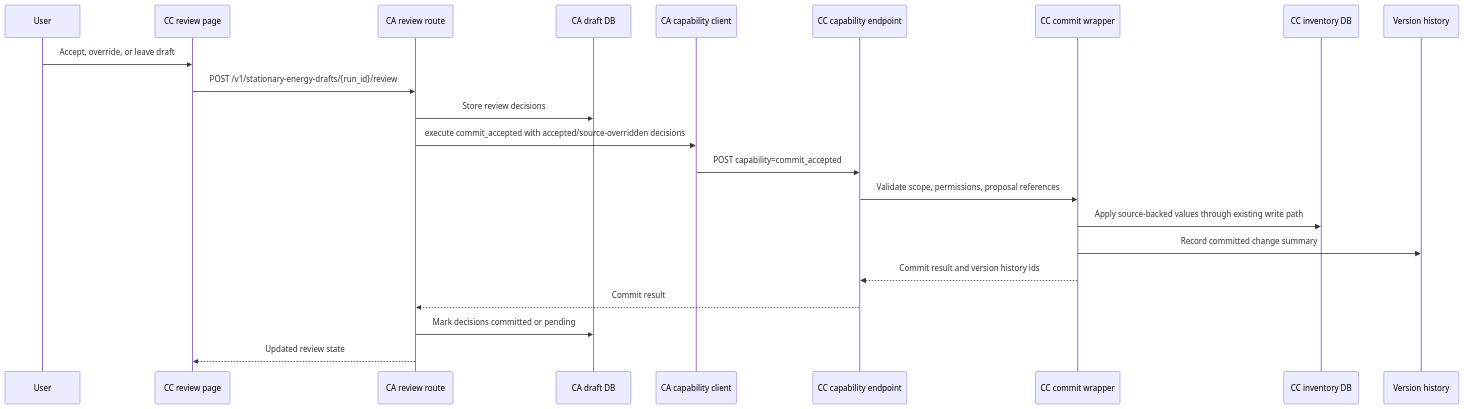
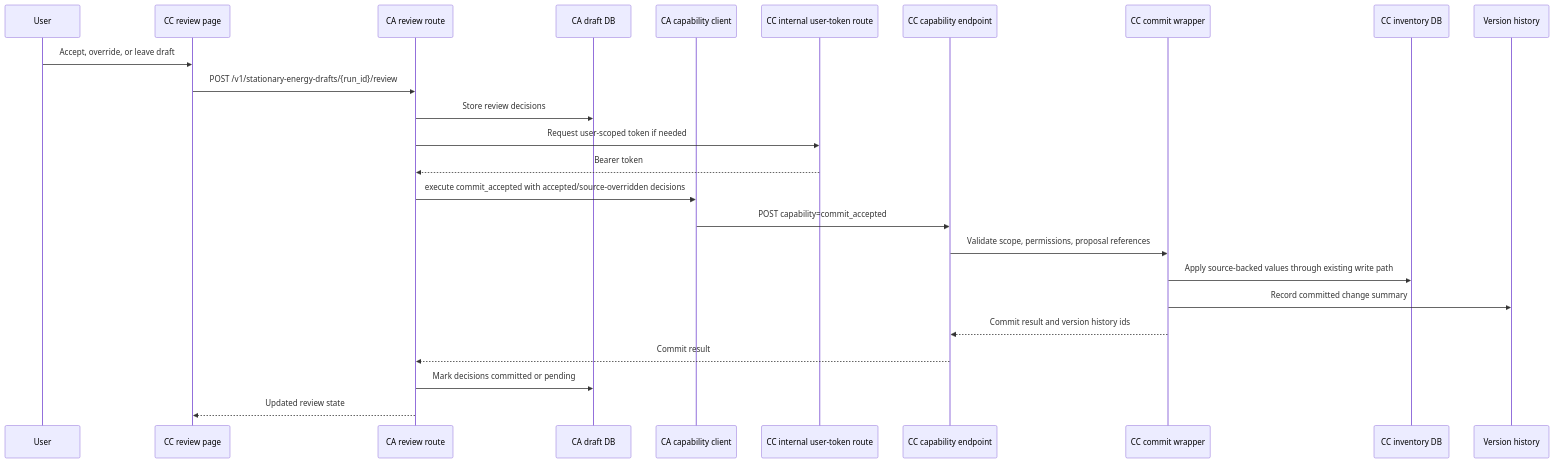
One commit to Open-Earth-Foundation/CityCatalyst changed the third of 6 diagrams in docs/plan.md. Above: the diagram before and after it, drawn with Mermaid. The commit also changed other lines of this file and 1 other file, not shown here.

````diff
--- a/docs/plan.md
+++ b/docs/plan.md
@@ -279,25 +362,28 @@
 ```mermaid
 sequenceDiagram
   participant User
   participant CCReview as CC review page
   participant CA as CA review route
   participant CADB as CA draft DB
   participant CCClient as CA capability client
+  participant CCToken as CC internal user-token route
   participant CCCap as CC capability endpoint
   participant Commit as CC commit wrapper
   participant CCDB as CC inventory DB
   participant History as Version history
 
   User->>CCReview: Accept, override, or leave draft
   CCReview->>CA: POST /v1/stationary-energy-drafts/{run_id}/review
   CA->>CADB: Store review decisions
+  CA->>CCToken: Request user-scoped token if needed
+  CCToken-->>CA: Bearer token
   CA->>CCClient: execute commit_accepted with accepted/source-overridden decisions
   CCClient->>CCCap: POST capability=commit_accepted
   CCCap->>Commit: Validate scope, permissions, proposal references
   Commit->>CCDB: Apply source-backed values through existing write path
   Commit->>History: Record committed change summary
   Commit-->>CCCap: Commit result and version history ids
   CCCap-->>CA: Commit result
   CA->>CADB: Mark decisions committed or pending
   CA-->>CCReview: Updated review state
 ```
````
